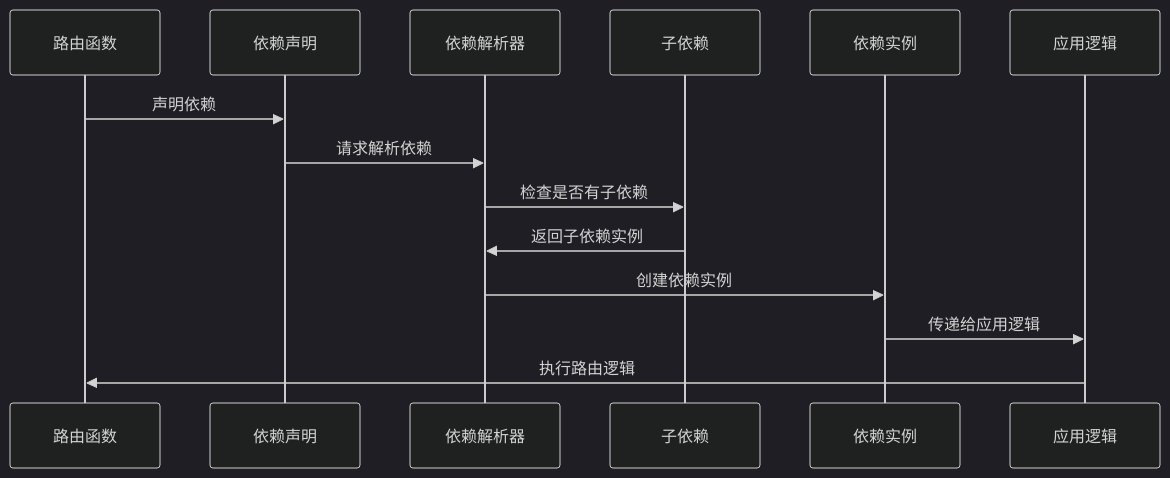
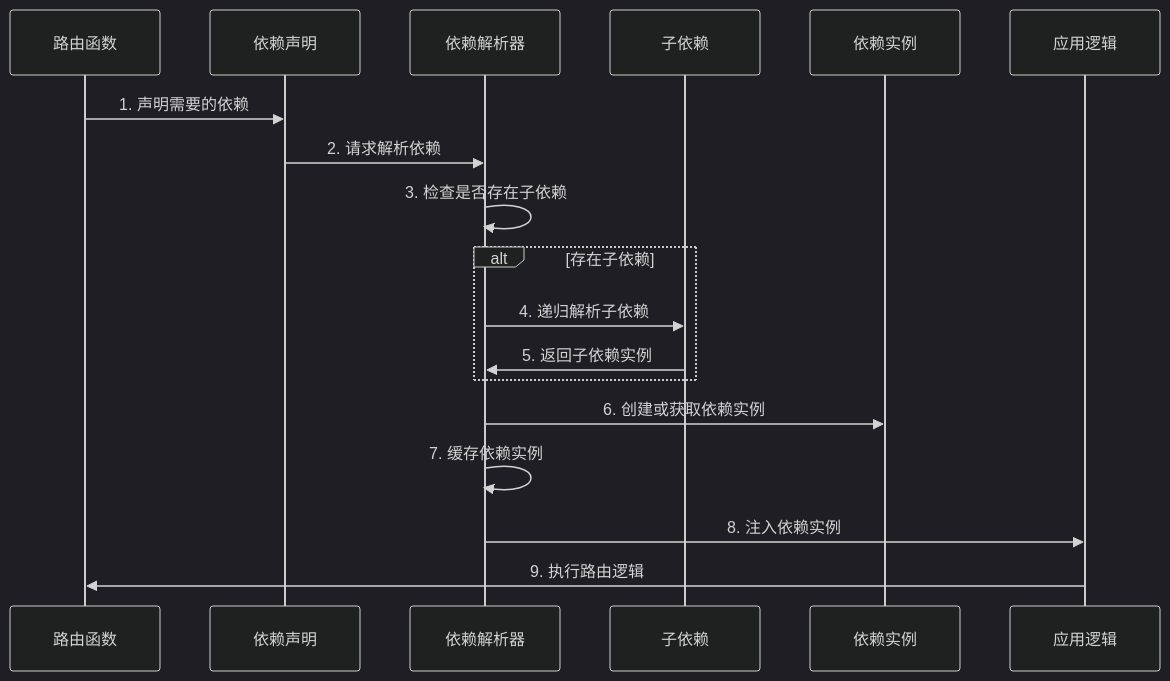
Before and after one commit to amuqiao/fastapi-enterprise-framework-template: the eighth of 24 diagrams in docs/design/architecture_guide.md, drawn with Mermaid (dark theme). The commit also changed other lines of this file, not shown here.

````diff
--- a/docs/design/architecture_guide.md
+++ b/docs/design/architecture_guide.md
@@ -479,17 +479,21 @@
 ```mermaid
 sequenceDiagram
     participant Router as 路由函数
     participant DepDeclare as 依赖声明
     participant DepResolver as 依赖解析器
     participant SubDep as 子依赖
     participant DepInstance as 依赖实例
     participant AppLogic as 应用逻辑
     
-    Router->>DepDeclare: 声明依赖
-    DepDeclare->>DepResolver: 请求解析依赖
-    DepResolver->>SubDep: 检查是否有子依赖
-    SubDep->>DepResolver: 返回子依赖实例
-    DepResolver->>DepInstance: 创建依赖实例
-    DepInstance->>AppLogic: 传递给应用逻辑
-    AppLogic->>Router: 执行路由逻辑
+    Router->>DepDeclare: 1. 声明需要的依赖
+    DepDeclare->>DepResolver: 2. 请求解析依赖
+    DepResolver->>DepResolver: 3. 检查是否存在子依赖
+    alt 存在子依赖
+        DepResolver->>SubDep: 4. 递归解析子依赖
+        SubDep->>DepResolver: 5. 返回子依赖实例
+    end
+    DepResolver->>DepInstance: 6. 创建或获取依赖实例
+    DepResolver->>DepResolver: 7. 缓存依赖实例
+    DepResolver->>AppLogic: 8. 注入依赖实例
+    AppLogic->>Router: 9. 执行路由逻辑
 ```
````
